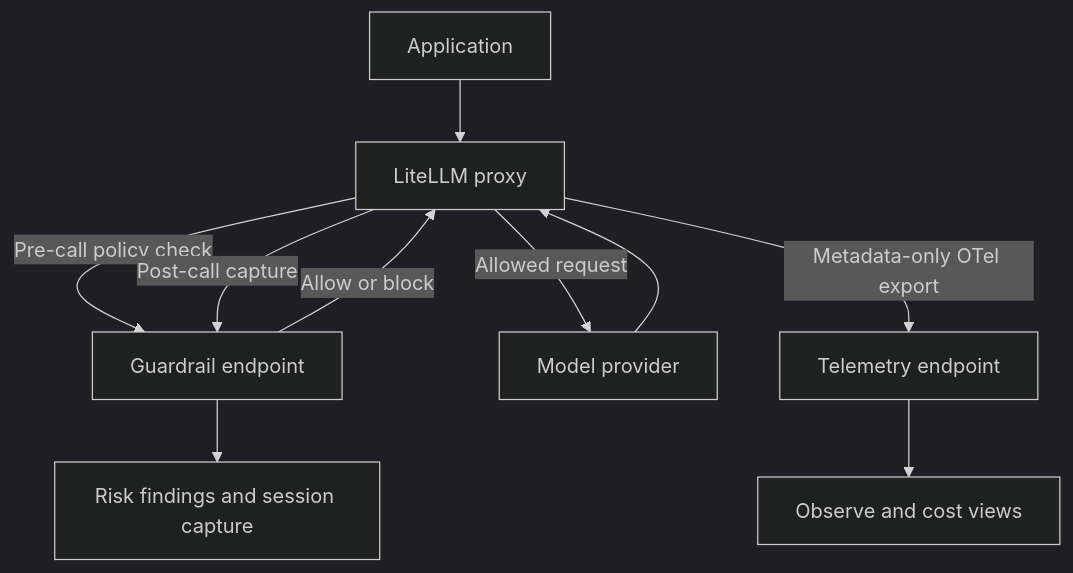
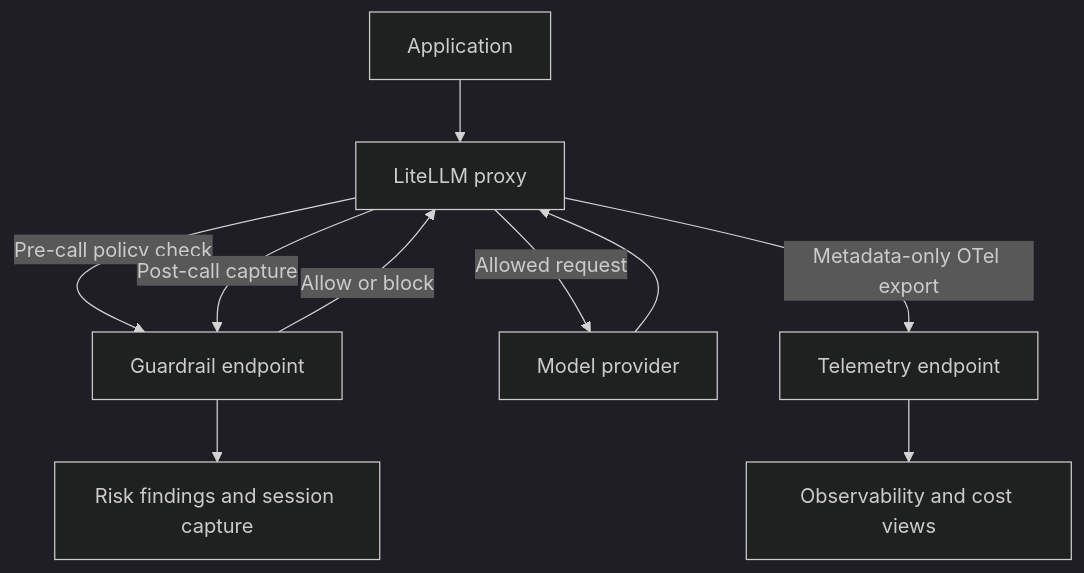
One commit to speakeasy-api/developer-docs changed the diagram in docs/ai-control-plane/org-admin/ai-integrations/litellm.mdx. Above: the diagram before and after it, drawn with Mermaid (dark theme). The commit also changed other lines of this file and 149 other files, not shown here.

````diff
--- a/docs/ai-control-plane/org-admin/ai-integrations/litellm.mdx
+++ b/docs/ai-control-plane/org-admin/ai-integrations/litellm.mdx
@@ -20,12 +20,12 @@
 ```mermaid
 flowchart TD
     A[Application] --> L[LiteLLM proxy]
     L -- Pre-call policy check --> G[Guardrail endpoint]
     G -- Allow or block --> L
     L -- Allowed request --> P[Model provider]
     P --> L
     L -- Post-call capture --> G
     L -- Metadata-only OTel export --> O[Telemetry endpoint]
     G --> R[Risk findings and session capture]
-    O --> V[Observe and cost views]
+    O --> V[Observability and cost views]
 ```
````
